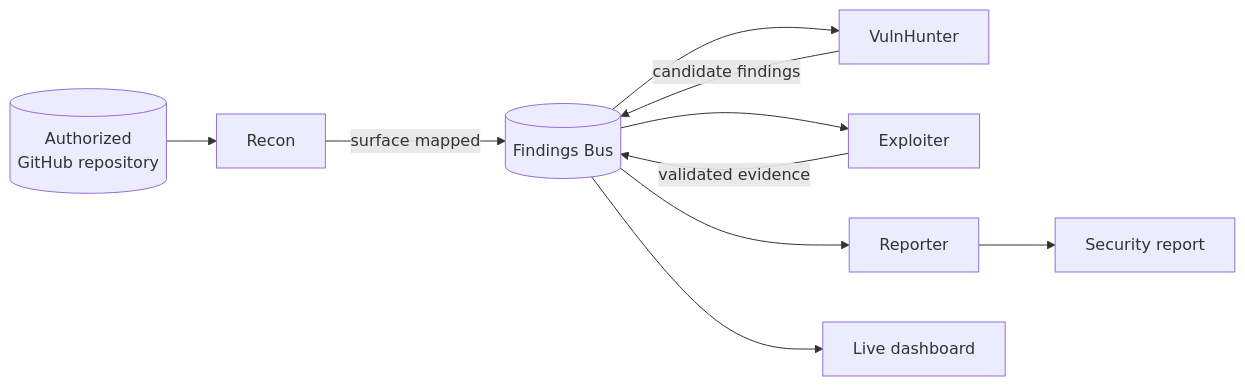
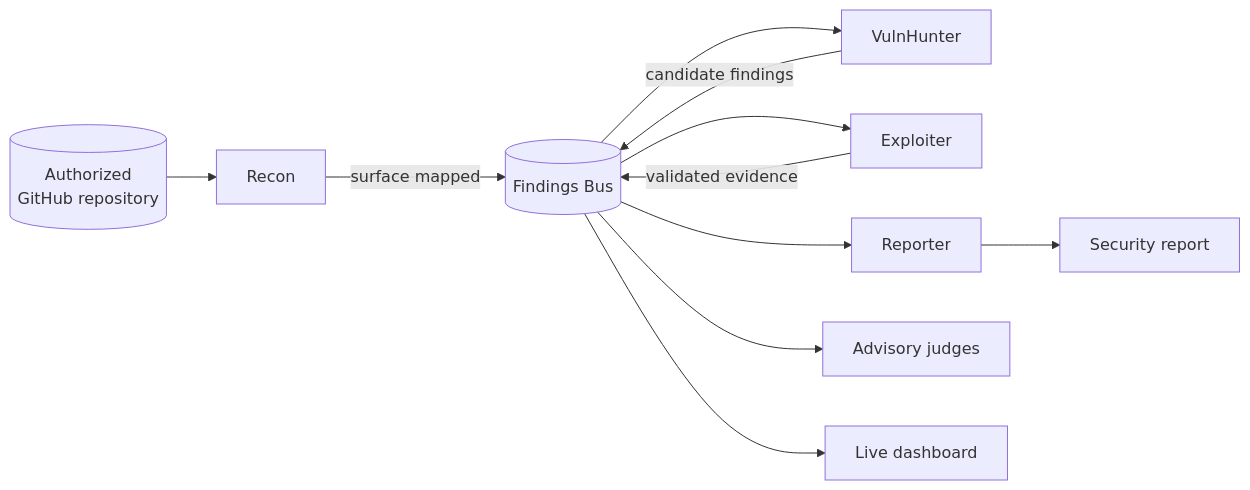
Before and after one commit to tmestery/SPECTRE: the diagram in README.md, drawn with Mermaid. The commit also changed other lines of this file and 2 other files, not shown here.

````diff
--- a/README.md
+++ b/README.md
@@ -50,20 +46,22 @@
 ```mermaid
 flowchart LR
     Target[(Authorized<br>GitHub repository)]
     Recon[Recon]
     Hunter[VulnHunter]
     Exploiter[Exploiter]
     Reporter[Reporter]
     Bus[(Findings Bus)]
+    Judges[Advisory judges]
     UI[Live dashboard]
 
     Target --> Recon
     Recon -->|surface mapped| Bus
     Bus --> Hunter
     Hunter -->|candidate findings| Bus
     Bus --> Exploiter
     Exploiter -->|validated evidence| Bus
     Bus --> Reporter
+    Bus --> Judges
     Bus --> UI
     Reporter --> Report[Security report]
 ```
````
